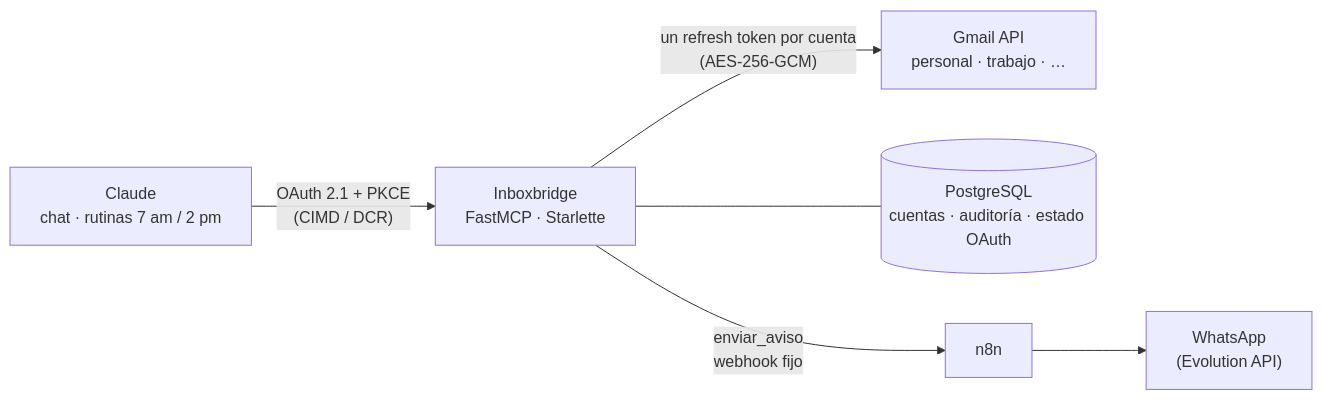
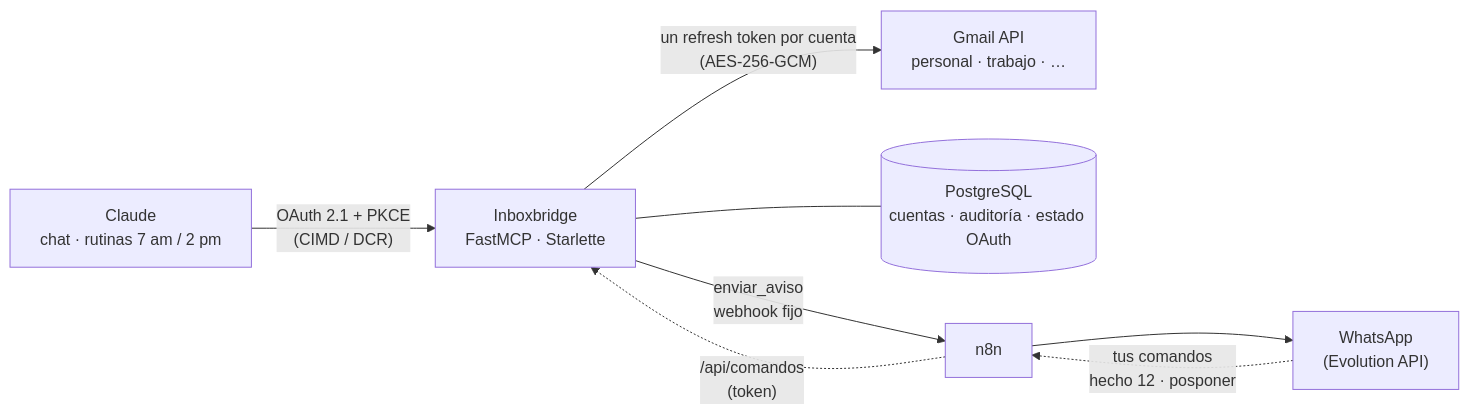
Before and after one commit to devzapataa/inboxbridge-mcp: the diagram in README.md, drawn with Mermaid. The commit also changed other lines of this file and 24 other files, not shown here.

````diff
--- a/README.md
+++ b/README.md
@@ -36,8 +45,10 @@
 ```mermaid
 flowchart LR
     C["Claude<br/>chat · rutinas 7 am / 2 pm"] -- "OAuth 2.1 + PKCE<br/>(CIMD / DCR)" --> S["Inboxbridge<br/>FastMCP · Starlette"]
     S -- "un refresh token por cuenta<br/>(AES-256-GCM)" --> G["Gmail API<br/>personal · trabajo · …"]
     S --- P[("PostgreSQL<br/>cuentas · auditoría · estado OAuth")]
     S -- "enviar_aviso<br/>webhook fijo" --> N["n8n"]
     N --> W["WhatsApp<br/>(Evolution API)"]
+    W -. "tus comandos<br/>hecho 12 · posponer" .-> N
+    N -. "/api/comandos<br/>(token)" .-> S
 ```
````
